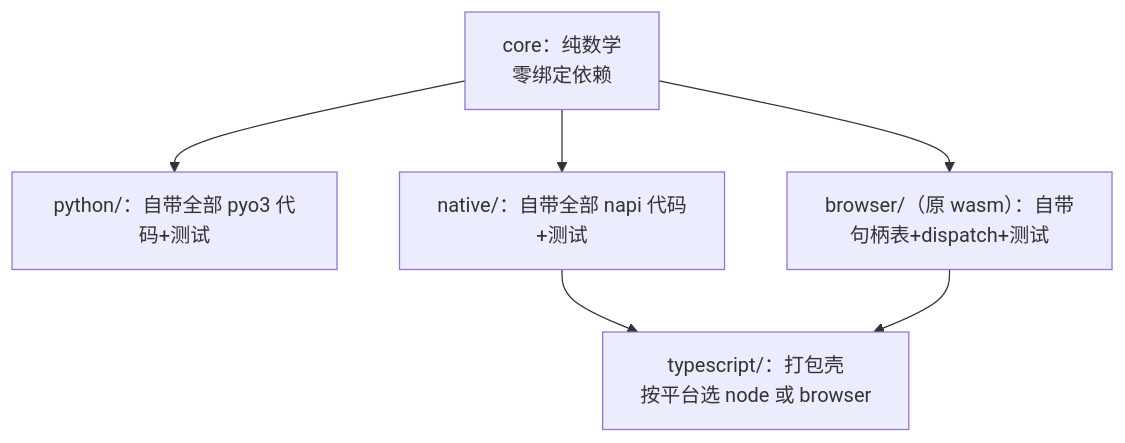
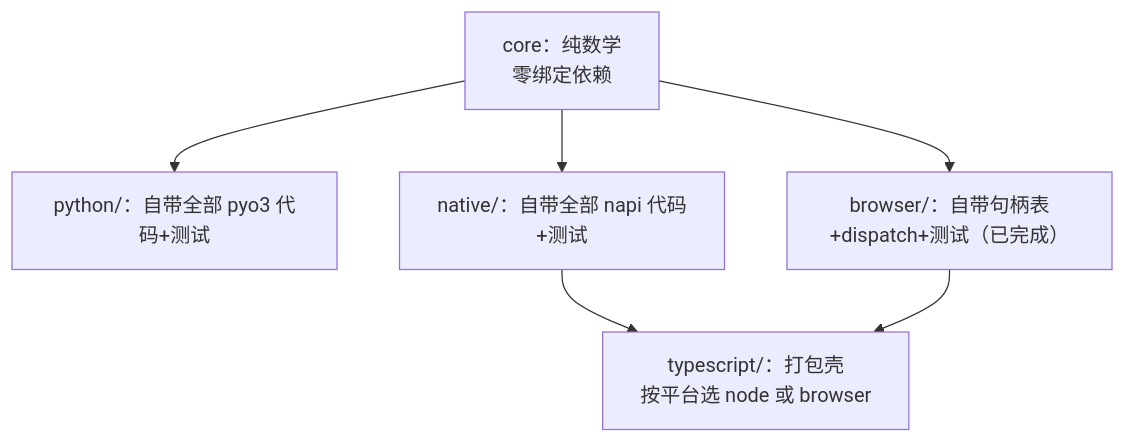
Before and after one commit to panz2018/netwave: the diagram in Plan/绑定放置重构.md, drawn with Mermaid. The commit also changed other lines of this file and 1 other file, not shown here.

````diff
--- a/Plan/绑定放置重构.md
+++ b/Plan/绑定放置重构.md
@@ -45,13 +45,13 @@
 ```mermaid
 flowchart TD
     core["core：纯数学<br/>零绑定依赖"]
     py["python/：自带全部 pyo3 代码+测试"]
     native["native/：自带全部 napi 代码+测试"]
-    browser["browser/（原 wasm）：自带句柄表+dispatch+测试"]
+    browser["browser/：自带句柄表+dispatch+测试（已完成）"]
     ts["typescript/：打包壳<br/>按平台选 node 或 browser"]
     core --> py
     core --> native
     core --> browser
     native --> ts
     browser --> ts
 ```
````
